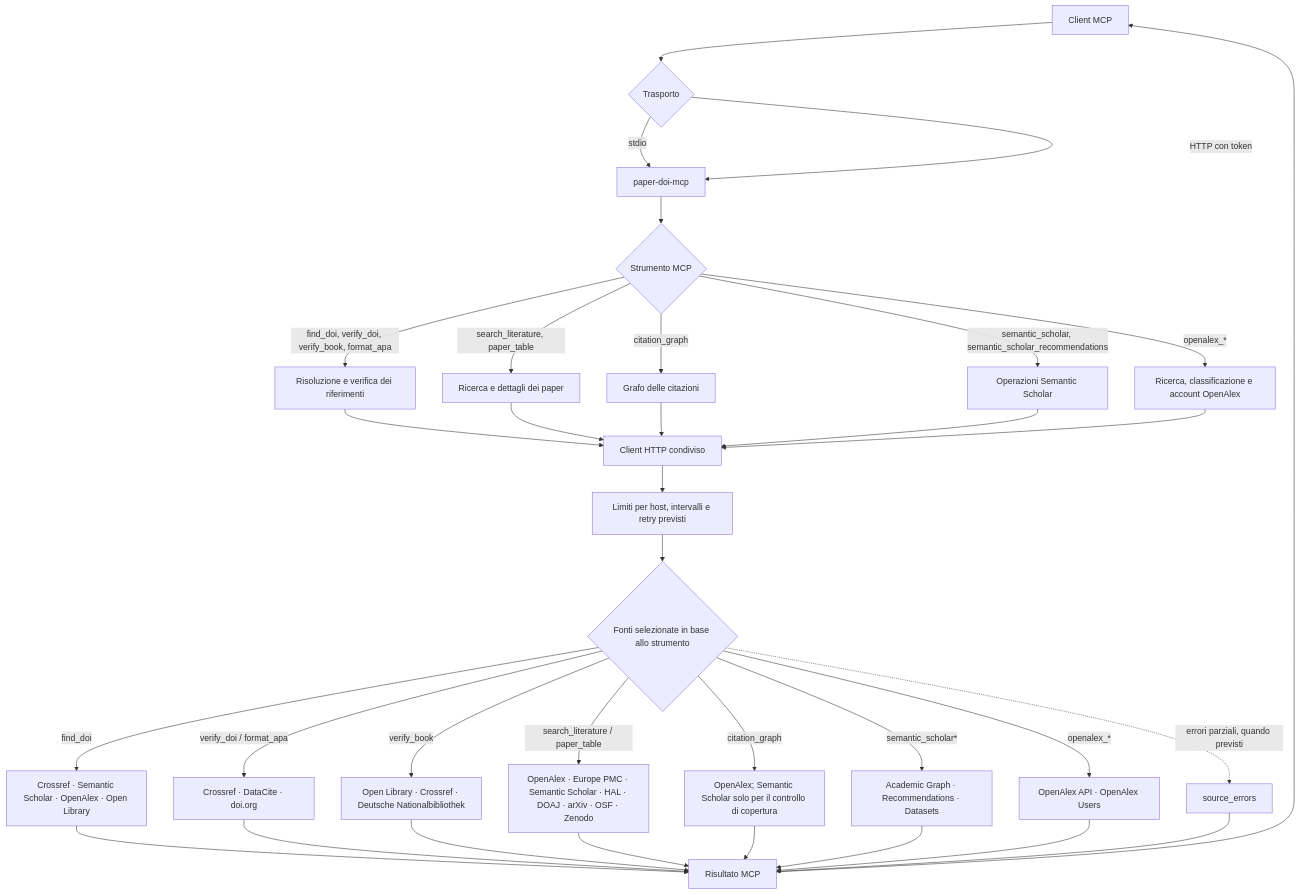
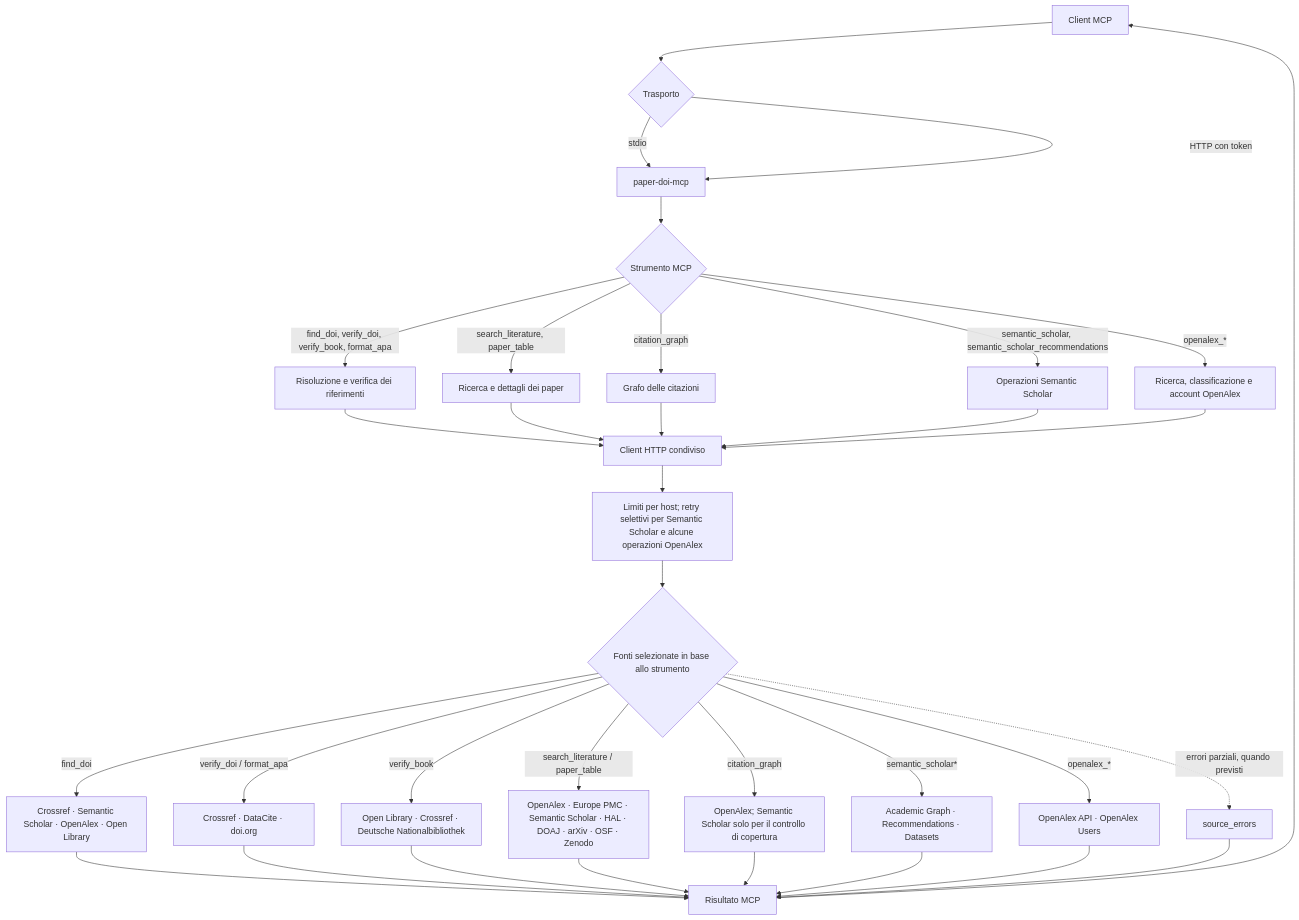
One commit to graph-ist/doi-mcp changed the diagram in README.md. Above: the diagram before and after it, drawn with Mermaid. The commit also changed other lines of this file and 2 other files, not shown here.

Commit message:
Guard OpenAlex account writes

````diff
--- a/README.md
+++ b/README.md
@@ -9,41 +9,41 @@
 ```mermaid
 flowchart TD
   Client["Client MCP"] --> Trasporto{"Trasporto"}
   Trasporto -->|stdio| Server["paper-doi-mcp"]
   Trasporto -->|HTTP con token| Server
 
   Server --> Strumento{"Strumento MCP"}
   Strumento -->|find_doi, verify_doi, verify_book, format_apa| Riferimenti["Risoluzione e verifica dei riferimenti"]
   Strumento -->|search_literature, paper_table| Ricerca["Ricerca e dettagli dei paper"]
   Strumento -->|citation_graph| Grafo["Grafo delle citazioni"]
   Strumento -->|semantic_scholar, semantic_scholar_recommendations| SS["Operazioni Semantic Scholar"]
   Strumento -->|openalex_*| OA["Ricerca, classificazione e account OpenAlex"]
 
   Riferimenti --> HTTP["Client HTTP condiviso"]
   Ricerca --> HTTP
   Grafo --> HTTP
   SS --> HTTP
   OA --> HTTP
-  HTTP --> Gestione["Limiti per host, intervalli e retry previsti"]
+  HTTP --> Gestione["Limiti per host; retry selettivi per Semantic Scholar e alcune operazioni OpenAlex"]
 
   Gestione --> Fonti{"Fonti selezionate in base allo strumento"}
   Fonti -->|find_doi| Candidati["Crossref · Semantic Scholar · OpenAlex · Open Library"]
   Fonti -->|verify_doi / format_apa| DOI["Crossref · DataCite · doi.org"]
   Fonti -->|verify_book| Libri["Open Library · Crossref · Deutsche Nationalbibliothek"]
   Fonti -->|search_literature / paper_table| Letteratura["OpenAlex · Europe PMC · Semantic Scholar · HAL · DOAJ · arXiv · OSF · Zenodo"]
   Fonti -->|citation_graph| Citazioni["OpenAlex; Semantic Scholar solo per il controllo di copertura"]
   Fonti -->|semantic_scholar*| SSAPI["Academic Graph · Recommendations · Datasets"]
   Fonti -->|openalex_*| OAAPI["OpenAlex API · OpenAlex Users"]
 
   Candidati --> Risposta["Risultato MCP"]
   DOI --> Risposta
   Libri --> Risposta
   Letteratura --> Risposta
   Citazioni --> Risposta
   SSAPI --> Risposta
   OAAPI --> Risposta
   Risposta --> Client
 
   Fonti -. "errori parziali, quando previsti" .-> Errori["source_errors"]
   Errori --> Risposta
 ```
````
